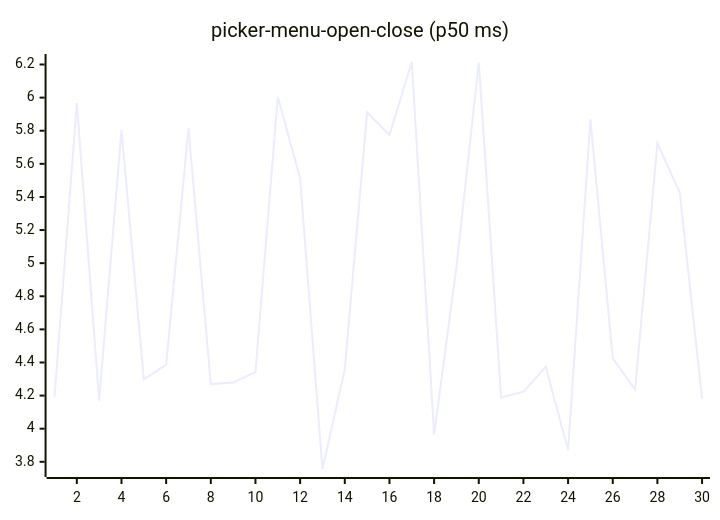
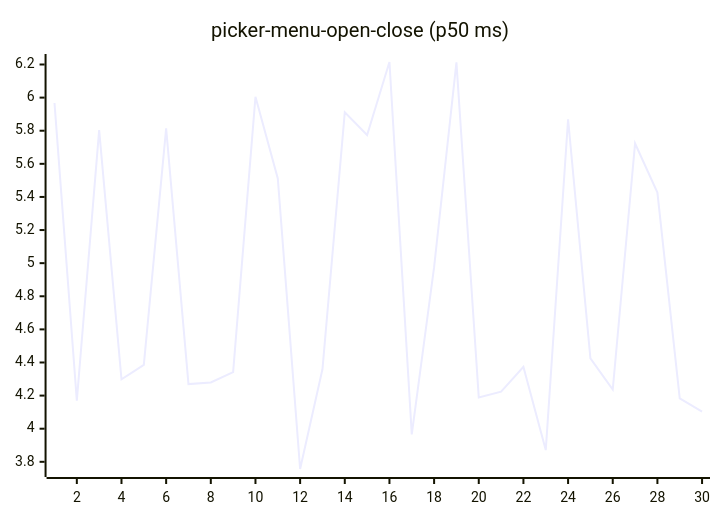
Before and after one commit to josha/Facet: diagram 16 of 27 in README.md, drawn with Mermaid. The commit also changed other lines of this file and 2 other files, not shown here.

````diff
--- a/README.md
+++ b/README.md
@@ -168,6 +168,6 @@
 ```mermaid
 xychart-beta
     title "picker-menu-open-close (p50 ms)"
     x-axis 1 --> 30
-    line [4.1912, 5.9674, 4.1698, 5.8037, 4.2981, 4.3851, 5.8139, 4.2694, 4.2792, 4.3416, 6.0052, 5.5122, 3.7566, 4.3593, 5.9114, 5.7740, 6.2151, 3.9652, 4.9760, 6.2132, 4.1891, 4.2236, 4.3733, 3.8708, 5.8694, 4.4248, 4.2362, 5.7230, 5.4264, 4.1828]
+    line [5.9674, 4.1698, 5.8037, 4.2981, 4.3851, 5.8139, 4.2694, 4.2792, 4.3416, 6.0052, 5.5122, 3.7566, 4.3593, 5.9114, 5.7740, 6.2151, 3.9652, 4.9760, 6.2132, 4.1891, 4.2236, 4.3733, 3.8708, 5.8694, 4.4248, 4.2362, 5.7230, 5.4264, 4.1828, 4.1028]
 ```
````
